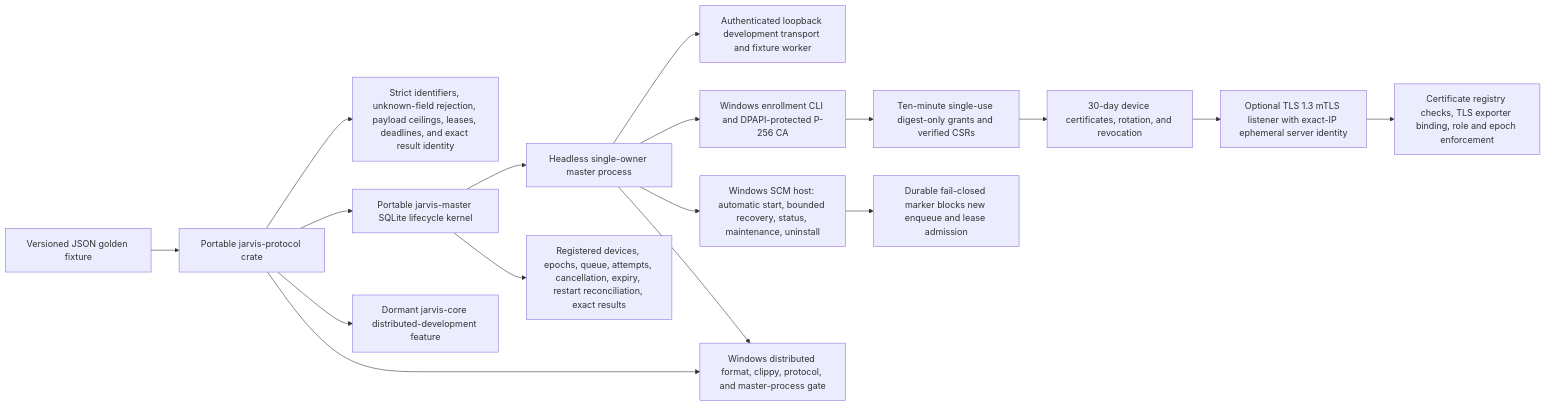
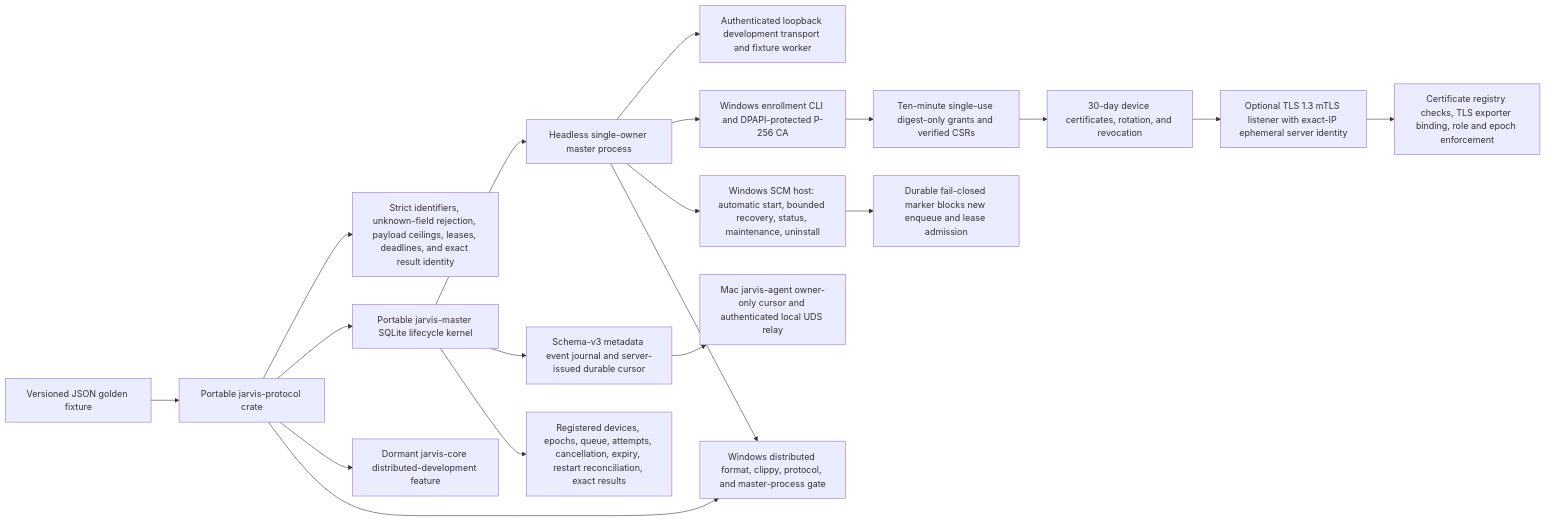
Before and after one commit to malak333/Assemblywright: the first of 18 diagrams in docs/architecture-map.md, drawn with Mermaid. The commit also changed other lines of this file and 25 other files, not shown here.

Commit message:
Add Developer Mode event relay foundation

````diff
--- a/docs/architecture-map.md
+++ b/docs/architecture-map.md
@@ -7,19 +7,21 @@
 ```mermaid
 flowchart LR
   Fixture["Versioned JSON golden fixture"] --> Protocol["Portable jarvis-protocol crate"]
   Protocol --> Bounds["Strict identifiers, unknown-field rejection, payload ceilings, leases, deadlines, and exact result identity"]
   Protocol --> Master["Portable jarvis-master SQLite lifecycle kernel"]
   Master --> Process["Headless single-owner master process"]
   Process --> Local["Authenticated loopback development transport and fixture worker"]
   Process --> Identity["Windows enrollment CLI and DPAPI-protected P-256 CA"]
   Identity --> Grants["Ten-minute single-use digest-only grants and verified CSRs"]
   Grants --> Certificates["30-day device certificates, rotation, and revocation"]
   Certificates --> Remote["Optional TLS 1.3 mTLS listener with exact-IP ephemeral server identity"]
   Remote --> Binding["Certificate registry checks, TLS exporter binding, role and epoch enforcement"]
+  Master --> Events["Schema-v3 metadata event journal and server-issued durable cursor"]
+  Events --> Agent["Mac jarvis-agent owner-only cursor and authenticated local UDS relay"]
   Process --> Service["Windows SCM host: automatic start, bounded recovery, status, maintenance, uninstall"]
   Service --> Maintenance["Durable fail-closed marker blocks new enqueue and lease admission"]
   Master --> Durable["Registered devices, epochs, queue, attempts, cancellation, expiry, restart reconciliation, exact results"]
   Protocol --> Feature["Dormant jarvis-core distributed-development feature"]
   Protocol --> Windows["Windows distributed format, clippy, protocol, and master-process gate"]
   Process --> Windows
 ```
````
